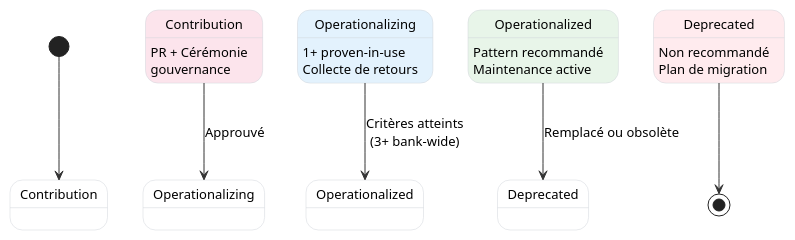
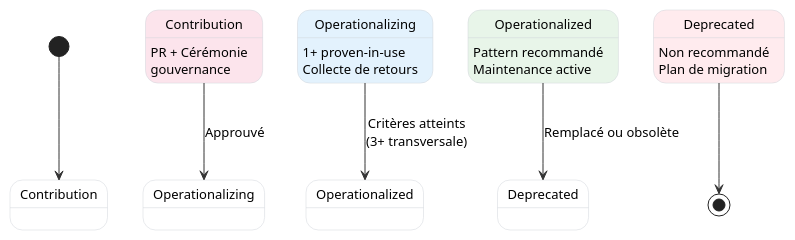
Before and after one commit to KiyaliHQ/proven-reusable-architecture: the fifth of 6 diagrams in content/pras/fr/overview.adoc, drawn with PlantUML. The commit also changed other lines of this file and 98 other files, not shown here.

```diff
--- a/content/pras/fr/overview.adoc
+++ b/content/pras/fr/overview.adoc
@@ -315,31 +315,31 @@
 [plantuml]
 ----
 @startuml
 skinparam backgroundColor transparent
 skinparam defaultFontSize 13
 skinparam shadowing false
 skinparam ArrowColor #333333
 skinparam state {
   BackgroundColor #ffffff
   BorderColor #d1d5db
 }
 
 [*] --> Contribution
 
 state "Contribution" as s1 #fce4ec : PR + Cérémonie\ngouvernance
 
 s1 --> Operationalizing : Approuvé
 
 state "Operationalizing" as s2 #e3f2fd : 1+ proven-in-use\nCollecte de retours
 
-s2 --> Operationalized : Critères atteints\n(3+ bank-wide)
+s2 --> Operationalized : Critères atteints\n(3+ transversale)
 
 state "Operationalized" as s3 #e8f5e9 : Pattern recommandé\nMaintenance active
 
 s3 --> Deprecated : Remplacé ou obsolète
 
 state "Deprecated" as s4 #ffebee : Non recommandé\nPlan de migration
 
 s4 --> [*]
 @enduml
 ----
```
